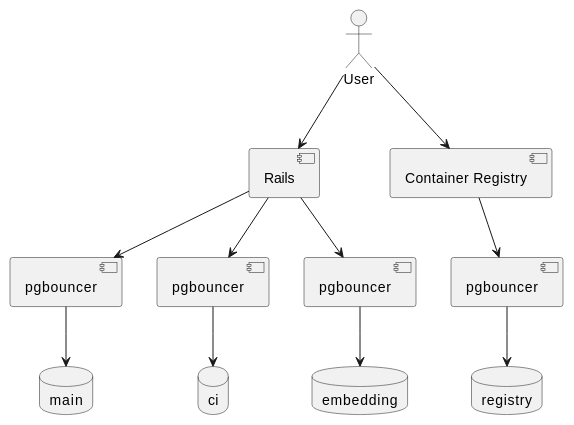
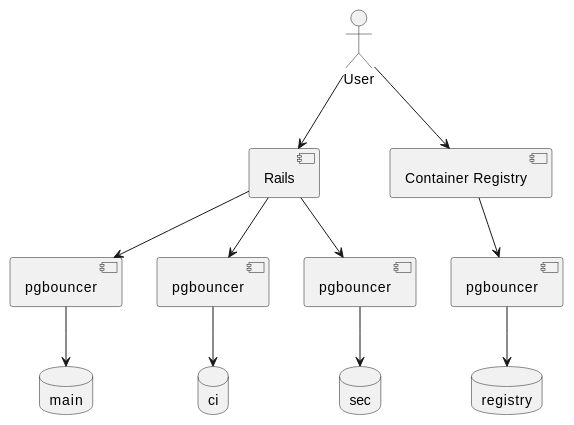
One commit to kyama0/gitlab-handbook-ja changed the diagram in content/handbook/engineering/architecture/design-documents/cells/infrastructure/postgresql.md. Above: the diagram before and after it, drawn with PlantUML. The commit also changed other lines of this file and 20 other files, not shown here.

````diff
--- a/content/handbook/engineering/architecture/design-documents/cells/infrastructure/postgresql.md
+++ b/content/handbook/engineering/architecture/design-documents/cells/infrastructure/postgresql.md
@@ -28,33 +28,33 @@
 ```plantuml
 @startuml
 component "Rails"
 component "Container Registry"
 
 database "main"
 database "ci"
 database "registry"
-database "embedding"
+database "sec"
 
 component "pgbouncer" as pgbouncermain
 component "pgbouncer" as pgbouncerci
 component "pgbouncer" as pgbouncerregistry
-component "pgbouncer" as pgbouncerembedding
+component "pgbouncer" as pgbouncersec
 
 "Rails" --> pgbouncermain
 pgbouncermain --> "main"
 
 "Rails" --> pgbouncerci
 pgbouncerci --> "ci"
 
-"Rails" --> pgbouncerembedding
-pgbouncerembedding --> "embedding"
+"Rails" --> pgbouncersec
+pgbouncersec --> "sec"
 
 
 "Container Registry" --> pgbouncerregistry
 pgbouncerregistry --> "registry"
 
 
 :User: --> "Rails"
 :User: --> "Container Registry"
 @enduml
 ```
````
